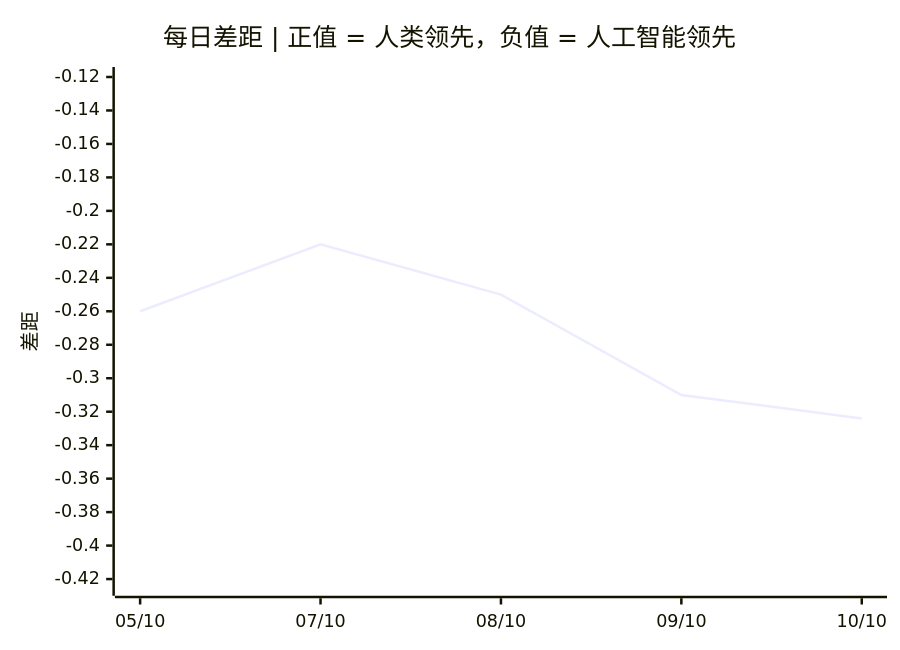
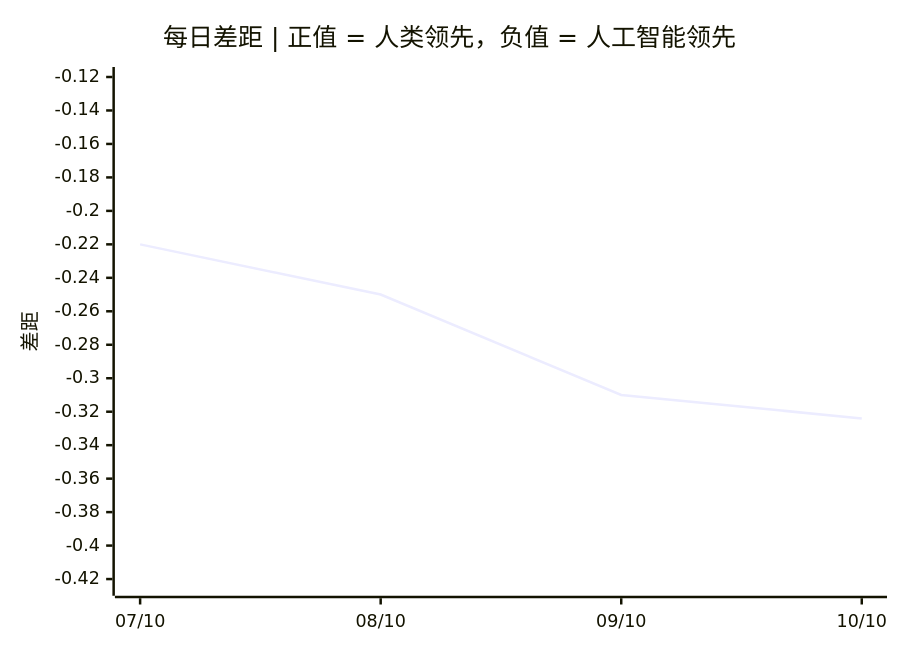
One commit to VQQLK/Human-AI-Monitor changed the third of 3 diagrams in README.zh.md. Above: the diagram before and after it, drawn with Mermaid. The commit also changed other lines of this file and 3 other files, not shown here.

````diff
--- a/README.zh.md
+++ b/README.zh.md
@@ -56,7 +56,7 @@
 ```mermaid
 xychart-beta
     title "每日差距 | 正值 = 人类领先，负值 = 人工智能领先"
-    x-axis ["05/10", "07/10", "08/10", "09/10", "10/10"]
+    x-axis ["07/10", "08/10", "09/10", "10/10"]
     y-axis "差距" -0.424 --> -0.120
-    line [-0.260, -0.220, -0.250, -0.310, -0.324]
+    line [-0.220, -0.250, -0.310, -0.324]
 ```
````
